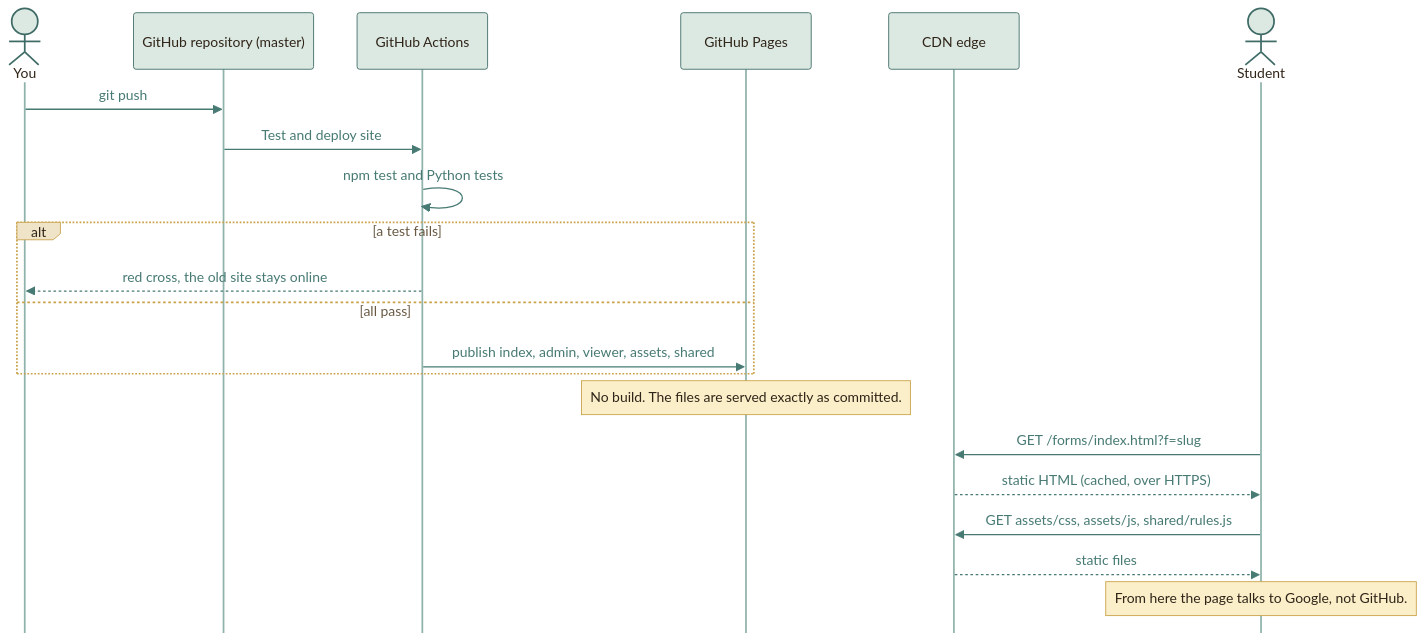
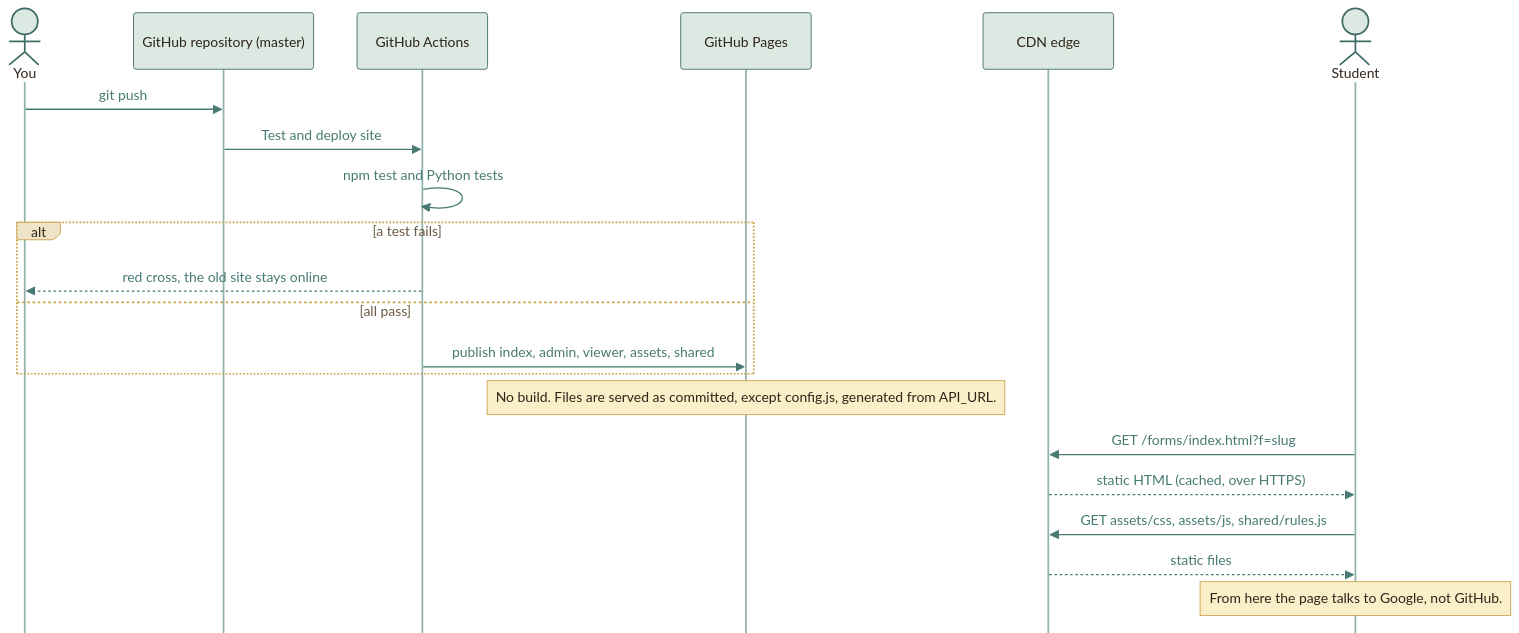
Before and after one commit to moyeh04/forms-platform: the second of 4 diagrams in docs/architecture/HOSTING.md, drawn with Mermaid. The commit also changed other lines of this file and 2 other files, not shown here.

Commit message:
docs(hosting): Align update notes with the deploy workflow
Three pages still described a hand-run backend update or a site served
exactly as committed.

- Note in the hosting sequence that config.js is generated from API_URL,
  and show a rules.js change as one push to master
- Say in the testing rationale that the suite runs the deployed text
- Point the security checklist at the workflow run, keeping New version
  as the rule for a manual recovery

Every page now gives the same account of how an update is deployed.

````diff
--- a/docs/architecture/HOSTING.md
+++ b/docs/architecture/HOSTING.md
@@ -86,46 +86,46 @@
 ```mermaid
 %%{init: {
   'theme': 'base',
   'themeVariables': {
     'fontFamily': 'ui-sans-serif, system-ui, -apple-system, Segoe UI, Roboto, sans-serif',
     'fontSize': '15px',
     'primaryColor': '#DCE9E2', 'primaryBorderColor': '#3F6B66', 'primaryTextColor': '#2F2418',
     'secondaryColor': '#F0E4C8', 'secondaryBorderColor': '#C9A24A', 'secondaryTextColor': '#2F2418',
     'tertiaryColor': '#F6EFDC', 'tertiaryBorderColor': '#CDBB94', 'tertiaryTextColor': '#2F2418',
     'lineColor': '#3F6B66', 'textColor': '#2F2418', 'mainBkg': '#DCE9E2', 'nodeBorder': '#3F6B66',
     'clusterBkg': '#F6EFDC', 'clusterBorder': '#CDBB94', 'titleColor': '#2F2418',
     'edgeLabelBackground': '#F8F1DD',
     'actorBkg': '#DCE9E2', 'actorBorder': '#3F6B66', 'actorTextColor': '#2F2418', 'actorLineColor': '#8FB3AB',
     'signalColor': '#477A73', 'signalTextColor': '#477A73',
     'labelBoxBkgColor': '#F0E4C8', 'labelBoxBorderColor': '#C9A24A', 'labelTextColor': '#2F2418', 'loopTextColor': '#6A5A44',
     'noteBkgColor': '#FBEFC9', 'noteBorderColor': '#C9A24A', 'noteTextColor': '#2F2418',
     'activationBkgColor': '#DCE9E2', 'activationBorderColor': '#3F6B66', 'sequenceNumberColor': '#F8F1DD',
     'transitionColor': '#3F6B66', 'stateLabelColor': '#2F2418', 'stateBkg': '#DCE9E2', 'altBackground': '#F6EFDC',
     'attributeBackgroundColorOdd': '#F8F1DD', 'attributeBackgroundColorEven': '#F0E4C8'
   },
   'flowchart': {'curve': 'basis', 'padding': 14, 'nodeSpacing': 40, 'rankSpacing': 46},
   'sequence': {'mirrorActors': false, 'messageMargin': 34, 'boxMargin': 8}
 }}%%
 sequenceDiagram
     actor Dev as You
     participant Git as GitHub repository (master)
     participant CI as GitHub Actions
     participant Pages as GitHub Pages
     participant CDN as CDN edge
     actor Stu as Student
 
     Dev->>Git: git push
     Git->>CI: Test and deploy site
     CI->>CI: npm test and Python tests
     alt a test fails
         CI-->>Dev: red cross, the old site stays online
     else all pass
         CI->>Pages: publish index, admin, viewer, assets, shared
     end
-    Note over Pages: No build. The files are served exactly as committed.
+    Note over Pages: No build. Files are served as committed, except config.js, generated from API_URL.
     Stu->>CDN: GET /forms/index.html?f=slug
     CDN-->>Stu: static HTML (cached, over HTTPS)
     Stu->>CDN: GET assets/css, assets/js, shared/rules.js
     CDN-->>Stu: static files
     Note over Stu: From here the page talks to Google, not GitHub.
 ```
````
